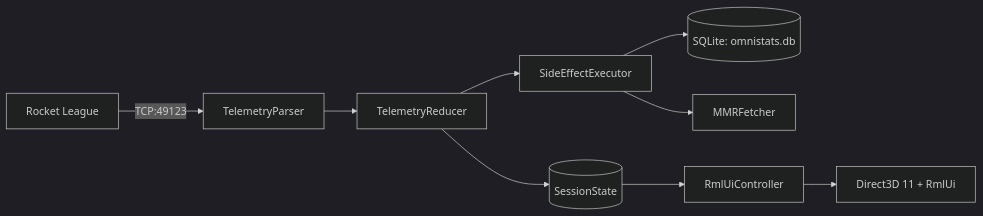
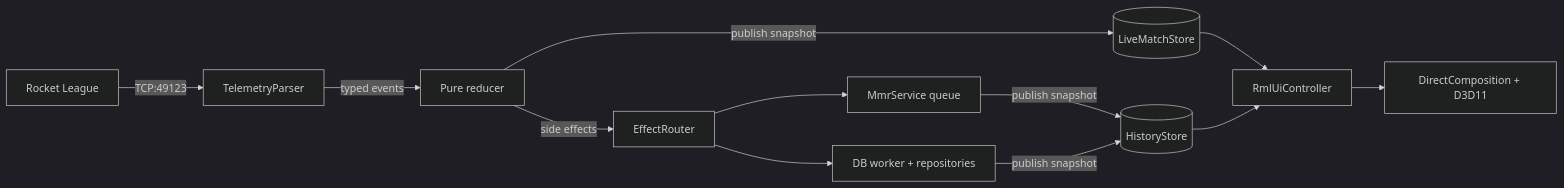
Before and after one commit to larrythemobster/OmniStats: the diagram in docs/ARCHITECTURE.md, drawn with Mermaid (dark theme). The commit also changed other lines of this file, not shown here.

Commit message:
docs(architecture): update architecture overview with refactored pipeline, stores, and presentation

````diff
--- a/docs/ARCHITECTURE.md
+++ b/docs/ARCHITECTURE.md
@@ -5,11 +5,14 @@
 ```mermaid
 flowchart LR
     RL[Rocket League] -->|TCP:49123| TP[TelemetryParser]
-    TP --> TR[TelemetryReducer]
-    TR --> SS[(SessionState)]
-    TR --> SE[SideEffectExecutor]
-    SE --> DB[(SQLite: omnistats.db)]
-    SE --> MF[MMRFetcher]
-    SS --> RC[RmlUiController]
-    RC --> D3D[Direct3D 11 + RmlUi]
+    TP -->|typed events| TR[Pure reducer]
+    TR -->|publish snapshot| LS[(LiveMatchStore)]
+    TR -->|side effects| ER[EffectRouter]
+    ER --> DBQ[DB worker + repositories]
+    ER --> MMR[MmrService queue]
+    MMR -->|publish snapshot| HS[(HistoryStore)]
+    DBQ -->|publish snapshot| HS
+    LS --> RC[RmlUiController]
+    HS --> RC
+    RC --> D3D[DirectComposition + D3D11]
 ```
````
